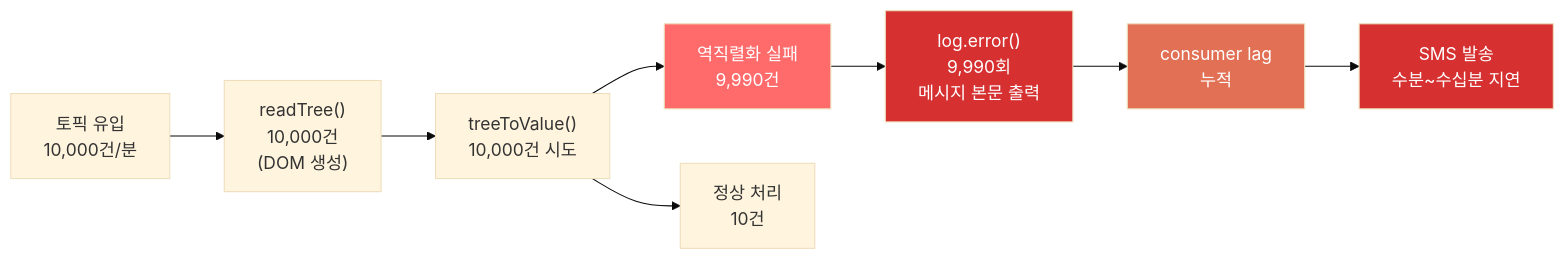
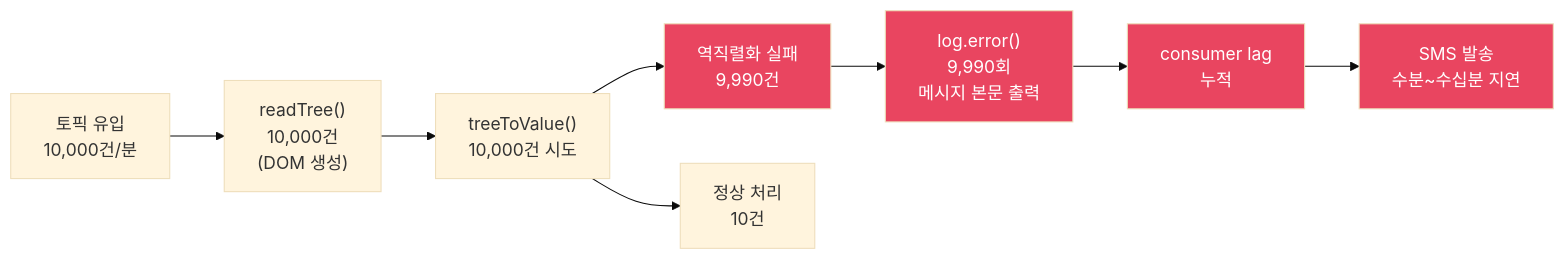
One commit to hyungkishin/hyungkishin.github.io changed the third of 8 diagrams in contents/posts/roopers/technical-writing/round4/index.md. Above: the diagram before and after it, drawn with Mermaid (base theme). The commit also changed other lines of this file and 3 other files, not shown here.

Commit message:
style: round1~5 블로그 톤 통일 (~합니다 체, 단문 연결, Mermaid 색상, AI 패턴 제거)

````diff
--- a/contents/posts/roopers/technical-writing/round4/index.md
+++ b/contents/posts/roopers/technical-writing/round4/index.md
@@ -111,20 +118,20 @@
 ```mermaid
 flowchart LR
     input["토픽 유입<br/>10,000건/분"]
     parse["readTree()<br/>10,000건<br/>(DOM 생성)"]
     deser["treeToValue()<br/>10,000건 시도"]
     fail["역직렬화 실패<br/>9,990건"]
     logErr["log.error()<br/>9,990회<br/>메시지 본문 출력"]
     ok["정상 처리<br/>10건"]
     lag["consumer lag<br/>누적"]
     delay["SMS 발송<br/>수분~수십분 지연"]
 
     input --> parse --> deser
     deser --> fail --> logErr --> lag --> delay
     deser --> ok
 
-    style fail fill:#ff6b6b,color:#fff
-    style logErr fill:#d63031,color:#fff
-    style lag fill:#e17055,color:#fff
-    style delay fill:#d63031,color:#fff
+    style fail fill:#e94560,color:#ffffff
+    style logErr fill:#e94560,color:#ffffff
+    style lag fill:#e94560,color:#ffffff
+    style delay fill:#e94560,color:#ffffff
 ```
````
